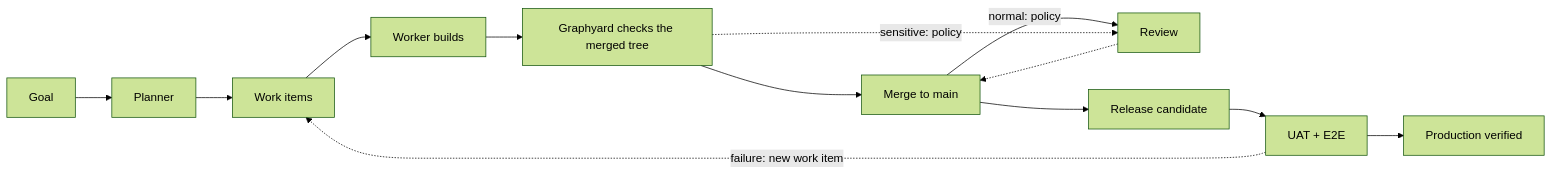
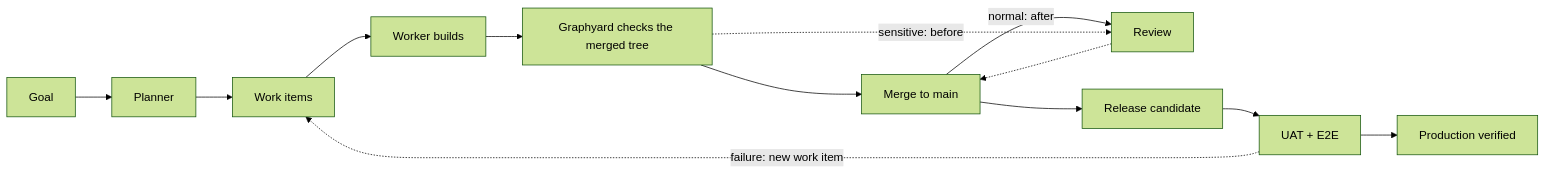
One commit to cryptob1/graphyard changed the diagram in README.md. Above: the diagram before and after it, drawn with Mermaid (forest theme). The commit also changed other lines of this file and 3 other files, not shown here.

First line of the commit message:
GY-1866: keep the pinned README and guide wording CI failed on, qualifying review timing as graphyard.json's default instead

````diff
--- a/README.md
+++ b/README.md
@@ -30,8 +30,8 @@
 ```mermaid
 flowchart LR
   A[Goal] --> B[Planner] --> C[Work items] --> D[Worker builds] --> E[Graphyard checks the merged tree]
-  E --> F[Merge to main] -->|normal: policy| G[Review]
-  E -.->|sensitive: policy| G -.-> F
+  E --> F[Merge to main] -->|normal: after| G[Review]
+  E -.->|sensitive: before| G -.-> F
   F --> H[Release candidate] --> I[UAT + E2E] --> J[Production verified]
   I -.->|failure: new work item| C
 ```
````
